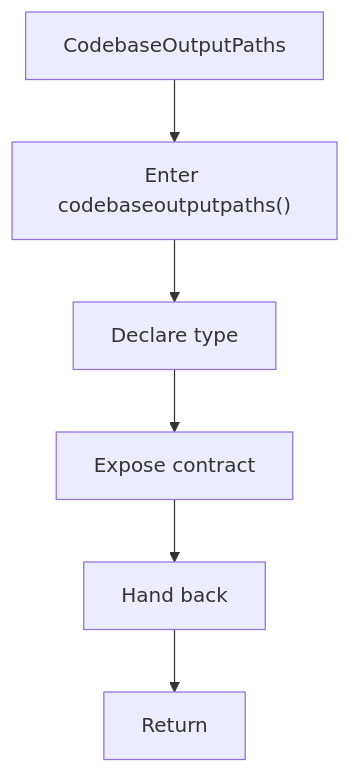
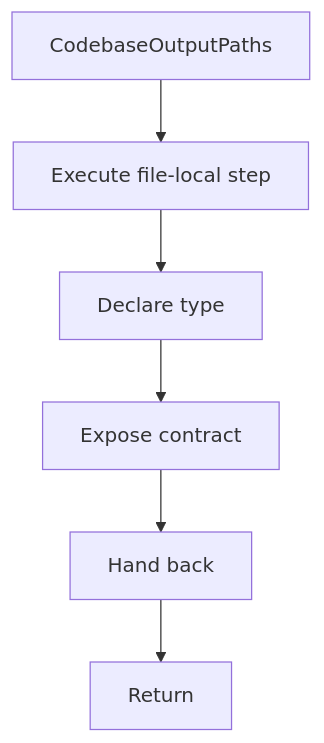
Before and after one commit to JohnAndrewBalbarosa/NeoTerritory: the third of 4 diagrams in docs/Codebase/Microservice/Modules/Header/SyntacticBrokenAST/OutputGeneration/Render/codebase_output_writer.hpp.md, drawn with Mermaid. The commit also changed other lines of this file and 925 other files, not shown here.

````diff
--- a/docs/Codebase/Microservice/Modules/Header/SyntacticBrokenAST/OutputGeneration/Render/codebase_output_writer.hpp.md
+++ b/docs/Codebase/Microservice/Modules/Header/SyntacticBrokenAST/OutputGeneration/Render/codebase_output_writer.hpp.md
@@ -89,14 +88,14 @@
 ```mermaid
 flowchart TD
     Start["CodebaseOutputPaths"]
-    N0["Enter codebaseoutputpaths()"]
+    N0["Execute file-local step"]
     N1["Declare type"]
     N2["Expose contract"]
     N3["Hand back"]
     End["Return"]
     Start --> N0
     N0 --> N1
     N1 --> N2
     N2 --> N3
     N3 --> End
 ```
````
